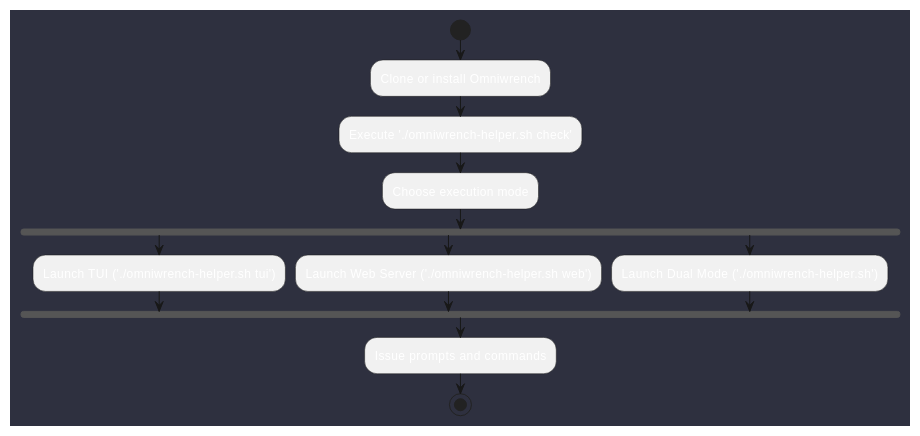
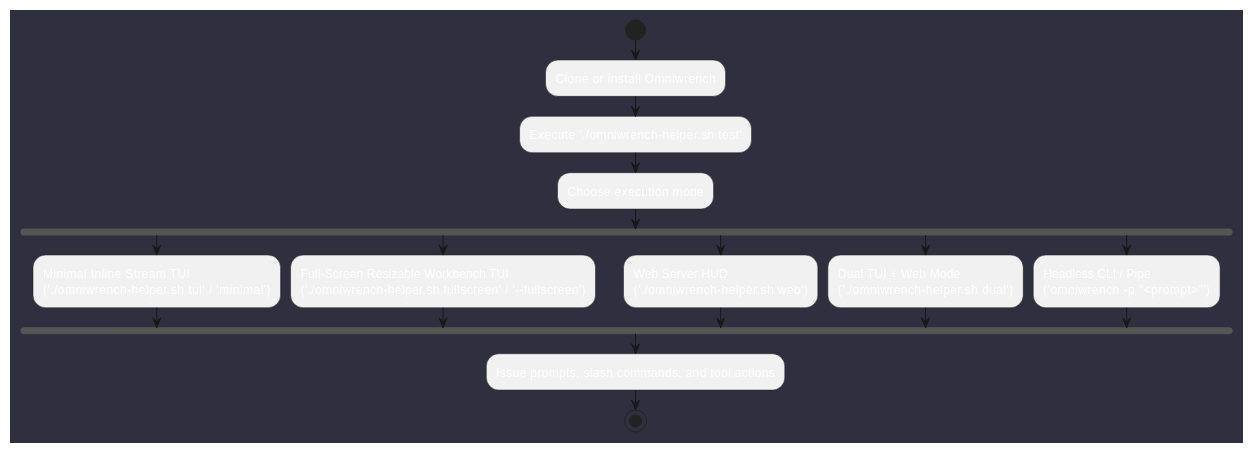
Before and after one commit to mlecabellec/omniwrench: the diagram in doc/docs/user_guide/overview.md, drawn with PlantUML. The commit also changed other lines of this file and 47 other files, not shown here.

````diff
--- a/doc/docs/user_guide/overview.md
+++ b/doc/docs/user_guide/overview.md
@@ -5,20 +5,24 @@
 ```plantuml
 @startuml
 skinparam backgroundColor #2e303f
 skinparam defaultFontColor #ffffff
 
 start
 :Clone or install Omniwrench;
-:Execute './omniwrench-helper.sh check';
+:Execute './omniwrench-helper.sh test';
 :Choose execution mode;
 fork
-  :Launch TUI ('./omniwrench-helper.sh tui');
+  :Minimal Inline Stream TUI\n('./omniwrench-helper.sh tui' / 'minimal');
 fork again
-  :Launch Web Server ('./omniwrench-helper.sh web');
+  :Full-Screen Resizable Workbench TUI\n('./omniwrench-helper.sh fullscreen' / '--fullscreen');
 fork again
-  :Launch Dual Mode ('./omniwrench-helper.sh');
+  :Web Server HUD\n('./omniwrench-helper.sh web');
+fork again
+  :Dual TUI + Web Mode\n('./omniwrench-helper.sh dual');
+fork again
+  :Headless CLI / Pipe\n('omniwrench -p "<prompt>"');
 end fork
-:Issue prompts and commands;
+:Issue prompts, slash commands, and tool actions;
 stop
 @enduml
 ```
````
